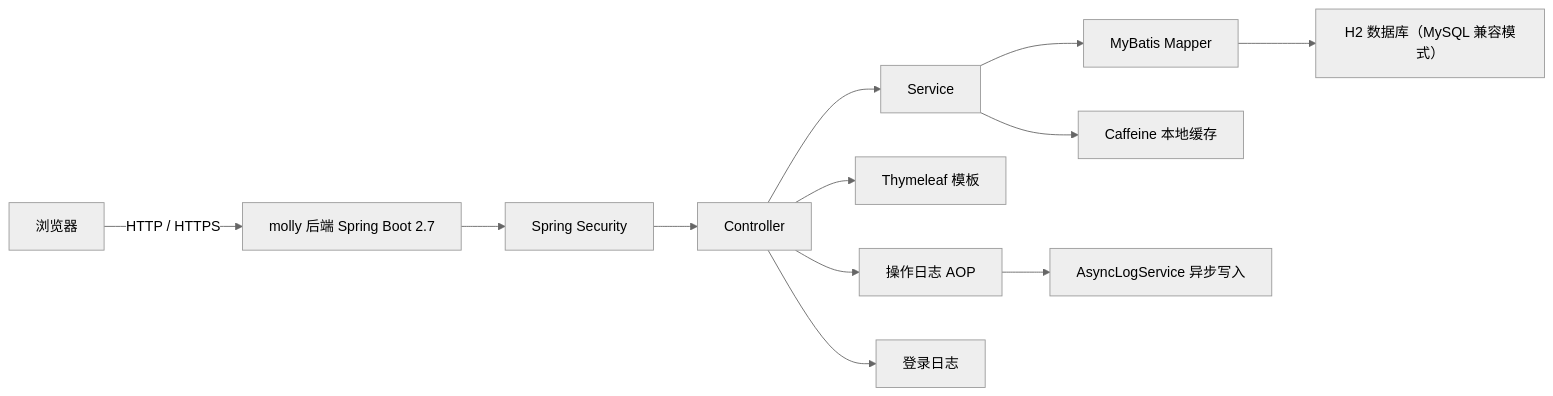
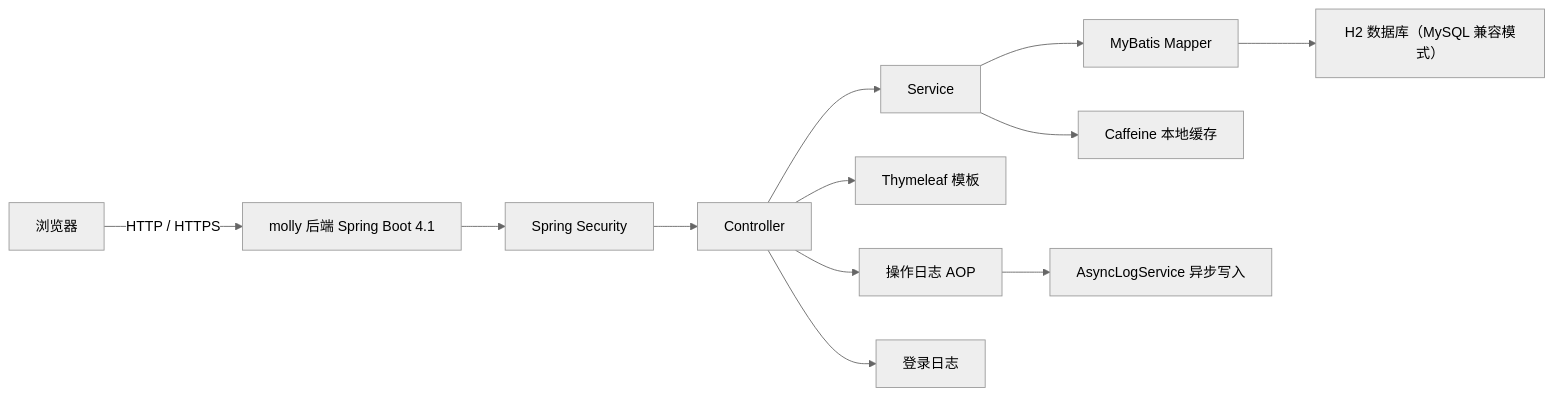
The first of 3 diagrams in .trae/documents/Technical-Architecture.md (GeBron/molly), drawn with Mermaid (neutral theme) before and after one commit. The commit also changed other lines of this file and 23 other files, not shown here.

First line of the commit message:
feat: 升级项目至 JDK 17 与 Spring Boot 4.1.0 (#44)

````diff
--- a/.trae/documents/Technical-Architecture.md
+++ b/.trae/documents/Technical-Architecture.md
@@ -5,14 +5,14 @@
 ```mermaid
 graph LR
-    A["浏览器"] -->|HTTP / HTTPS| B["molly 后端 Spring Boot 2.7"]
+    A["浏览器"] -->|HTTP / HTTPS| B["molly 后端 Spring Boot 4.1"]
     B --> C["Spring Security"]
     C --> D["Controller"]
     D --> E["Service"]
     E --> F["MyBatis Mapper"]
     F --> G["H2 数据库（MySQL 兼容模式）"]
     D --> H["Thymeleaf 模板"]
     E --> I["Caffeine 本地缓存"]
     D --> J["操作日志 AOP"]
     J --> K["AsyncLogService 异步写入"]
     D --> L["登录日志"]
 ```
````
